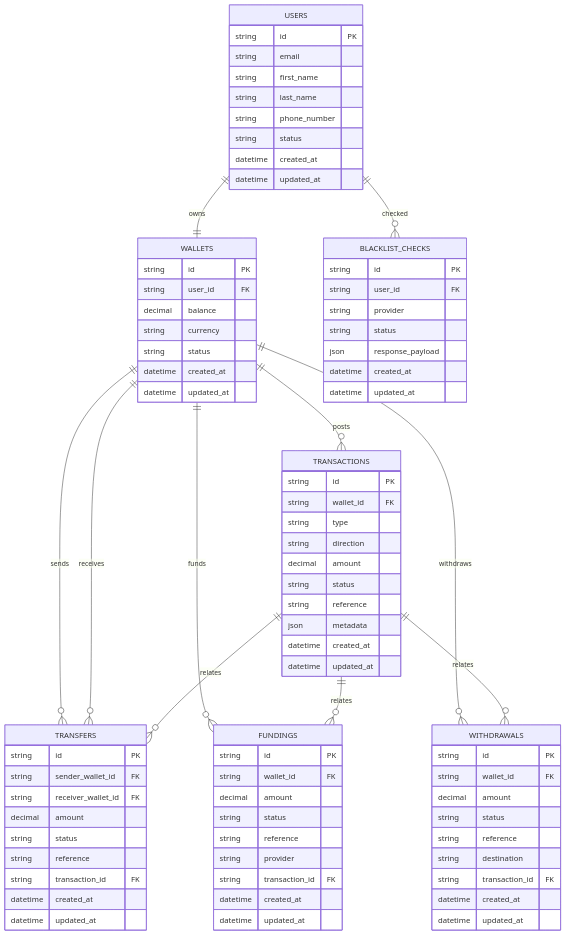
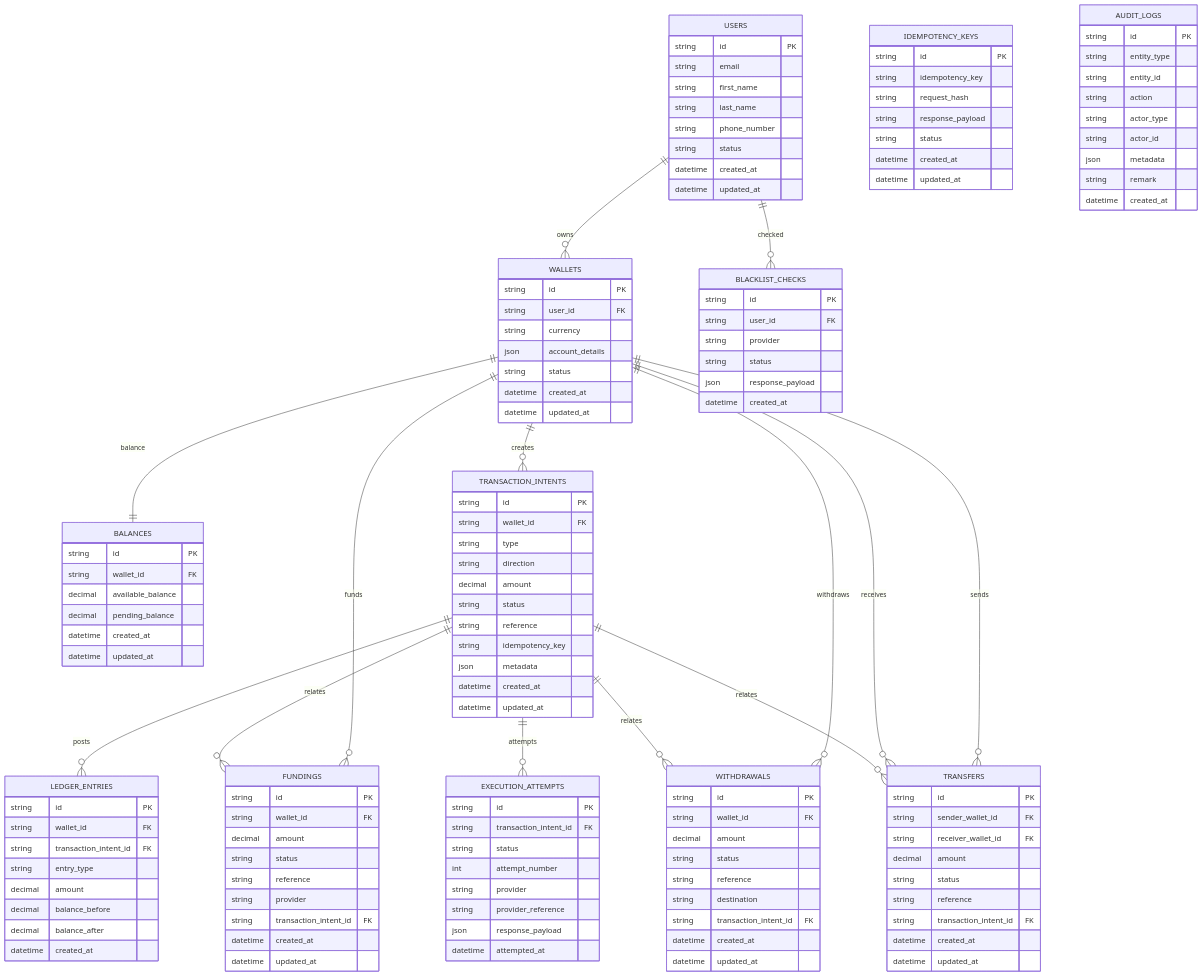
One commit to Vix1209/lendsqr-demoCredit changed the diagram in README.md. Above: the diagram before and after it, drawn with Mermaid. The commit also changed other lines of this file and 8 other files, not shown here.

````diff
--- a/README.md
+++ b/README.md
@@ -26,17 +115,18 @@
 ```mermaid
 erDiagram
-  USERS ||--|| WALLETS : owns
+  USERS ||--o{ WALLETS : owns
   USERS ||--o{ BLACKLIST_CHECKS : checked
-
-  WALLETS ||--o{ TRANSACTIONS : posts
+  WALLETS ||--|| BALANCES : balance
+  WALLETS ||--o{ TRANSACTION_INTENTS : creates
+  WALLETS ||--o{ FUNDINGS : funds
+  WALLETS ||--o{ WITHDRAWALS : withdraws
   WALLETS ||--o{ TRANSFERS : sends
   WALLETS ||--o{ TRANSFERS : receives
-  WALLETS ||--o{ FUNDINGS : funds
-  WALLETS ||--o{ WITHDRAWALS : withdraws
-
-  TRANSACTIONS ||--o{ TRANSFERS : relates
-  TRANSACTIONS ||--o{ FUNDINGS : relates
-  TRANSACTIONS ||--o{ WITHDRAWALS : relates
+  TRANSACTION_INTENTS ||--o{ LEDGER_ENTRIES : posts
+  TRANSACTION_INTENTS ||--o{ FUNDINGS : relates
+  TRANSACTION_INTENTS ||--o{ TRANSFERS : relates
+  TRANSACTION_INTENTS ||--o{ WITHDRAWALS : relates
+  TRANSACTION_INTENTS ||--o{ EXECUTION_ATTEMPTS : attempts
 
   USERS {
     string id PK
@@ -52,14 +142,23 @@
   WALLETS {
     string id PK
     string user_id FK
-    decimal balance
     string currency
+    json account_details
     string status
     datetime created_at
     datetime updated_at
   }
 
-  TRANSACTIONS {
+  BALANCES {
+    string id PK
+    string wallet_id FK
+    decimal available_balance
+    decimal pending_balance
+    datetime created_at
+    datetime updated_at
+  }
+
+  TRANSACTION_INTENTS {
     string id PK
     string wallet_id FK
     string type
@@ -67,7 +166,31 @@
     decimal amount
     string status
     string reference
+    string idempotency_key
     json metadata
+    datetime created_at
+    datetime updated_at
+  }
+
+  LEDGER_ENTRIES {
+    string id PK
+    string wallet_id FK
+    string transaction_intent_id FK
+    string entry_type
+    decimal amount
+    decimal balance_before
+    decimal balance_after
+    datetime created_at
+  }
+
+  FUNDINGS {
+    string id PK
+    string wallet_id FK
+    decimal amount
+    string status
+    string reference
+    string provider
+    string transaction_intent_id FK
     datetime created_at
     datetime updated_at
   }
@@ -79,19 +202,7 @@
     decimal amount
     string status
     string reference
-    string transaction_id FK
-    datetime created_at
-    datetime updated_at
-  }
-
-  FUNDINGS {
-    string id PK
-    string wallet_id FK
-    decimal amount
-    string status
-    string reference
-    string provider
-    string transaction_id FK
+    string transaction_intent_id FK
     datetime created_at
     datetime updated_at
   }
@@ -103,9 +214,20 @@
     string status
     string reference
     string destination
-    string transaction_id FK
+    string transaction_intent_id FK
     datetime created_at
     datetime updated_at
+  }
+
+  EXECUTION_ATTEMPTS {
+    string id PK
+    string transaction_intent_id FK
+    string status
+    int attempt_number
+    string provider
+    string provider_reference
+    json response_payload
+    datetime attempted_at
   }
 
   BLACKLIST_CHECKS {
@@ -115,7 +237,27 @@
     string status
     json response_payload
     datetime created_at
+  }
+
+  IDEMPOTENCY_KEYS {
+    string id PK
+    string idempotency_key
+    string request_hash
+    string response_payload
+    string status
+    datetime created_at
     datetime updated_at
   }
 
+  AUDIT_LOGS {
+    string id PK
+    string entity_type
+    string entity_id
+    string action
+    string actor_type
+    string actor_id
+    json metadata
+    string remark
+    datetime created_at
+  }
 ```
````
